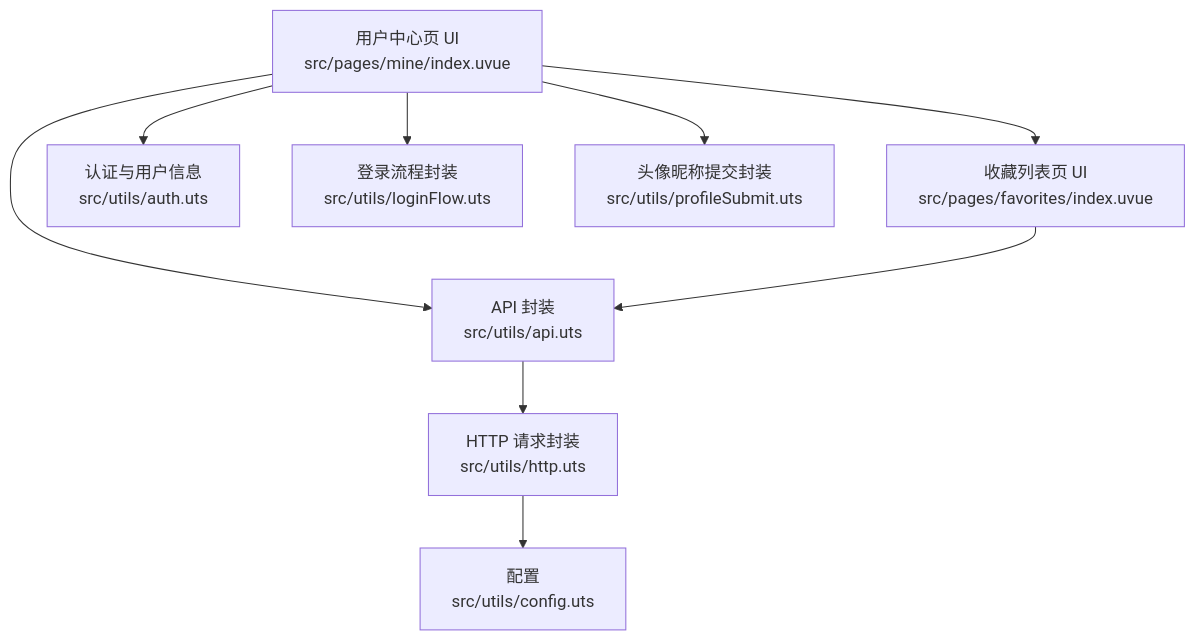
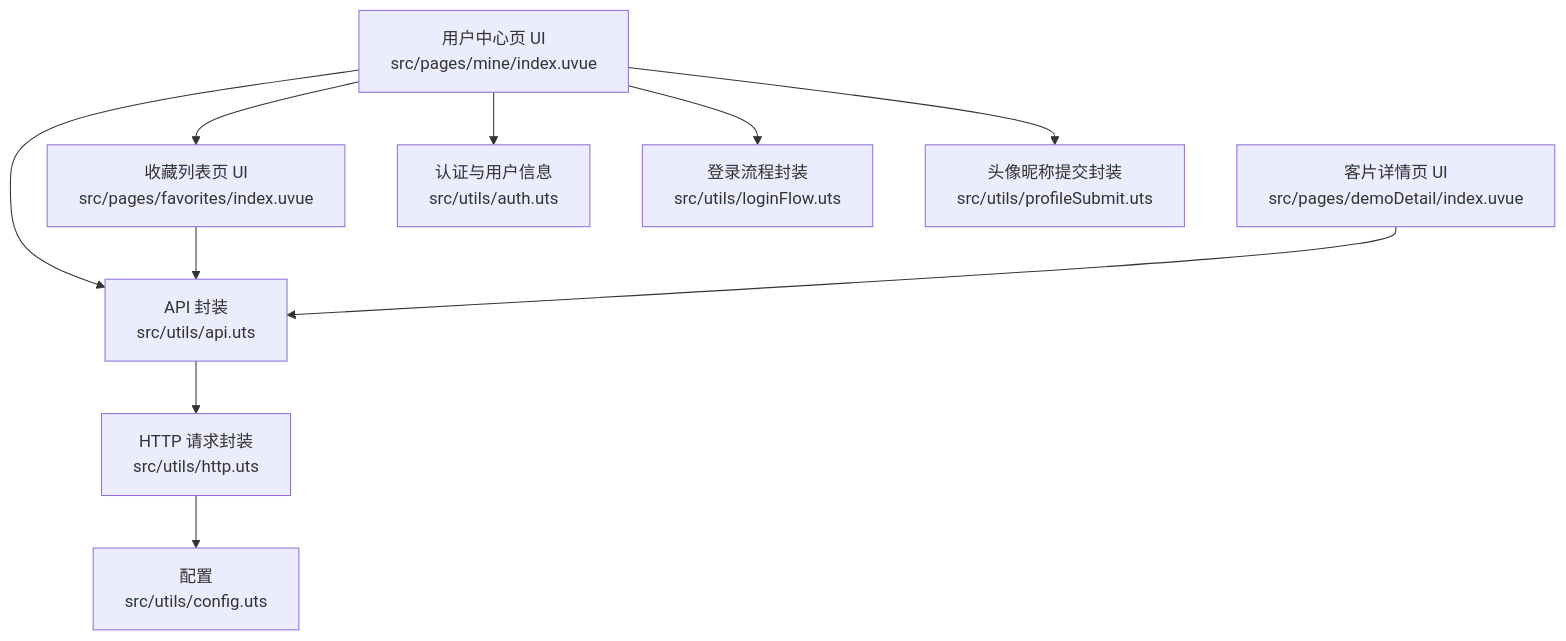
Before and after one commit to crazyma99/blueberry: the second of 7 diagrams in .qoder/repowiki/zh/content/核心功能模块/用户中心系统.md, drawn with Mermaid. The commit also changed other lines of this file and 24 other files, not shown here.

````diff
--- a/.qoder/repowiki/zh/content/核心功能模块/用户中心系统.md
+++ b/.qoder/repowiki/zh/content/核心功能模块/用户中心系统.md
@@ -134,19 +155,21 @@
 ```mermaid
 graph TB
 UI_Mine["用户中心页 UI<br/>src/pages/mine/index.uvue"]
 UI_Fav["收藏列表页 UI<br/>src/pages/favorites/index.uvue"]
+UI_Demo["客片详情页 UI<br/>src/pages/demoDetail/index.uvue"]
 Auth["认证与用户信息<br/>src/utils/auth.uts"]
 LoginFlow["登录流程封装<br/>src/utils/loginFlow.uts"]
 ProfileSubmit["头像昵称提交封装<br/>src/utils/profileSubmit.uts"]
 API["API 封装<br/>src/utils/api.uts"]
 HTTP["HTTP 请求封装<br/>src/utils/http.uts"]
 Config["配置<br/>src/utils/config.uts"]
 UI_Mine --> Auth
 UI_Mine --> LoginFlow
 UI_Mine --> ProfileSubmit
 UI_Mine --> API
 UI_Mine --> UI_Fav
 UI_Fav --> API
+UI_Demo --> API
 API --> HTTP
 HTTP --> Config
 ```
````
